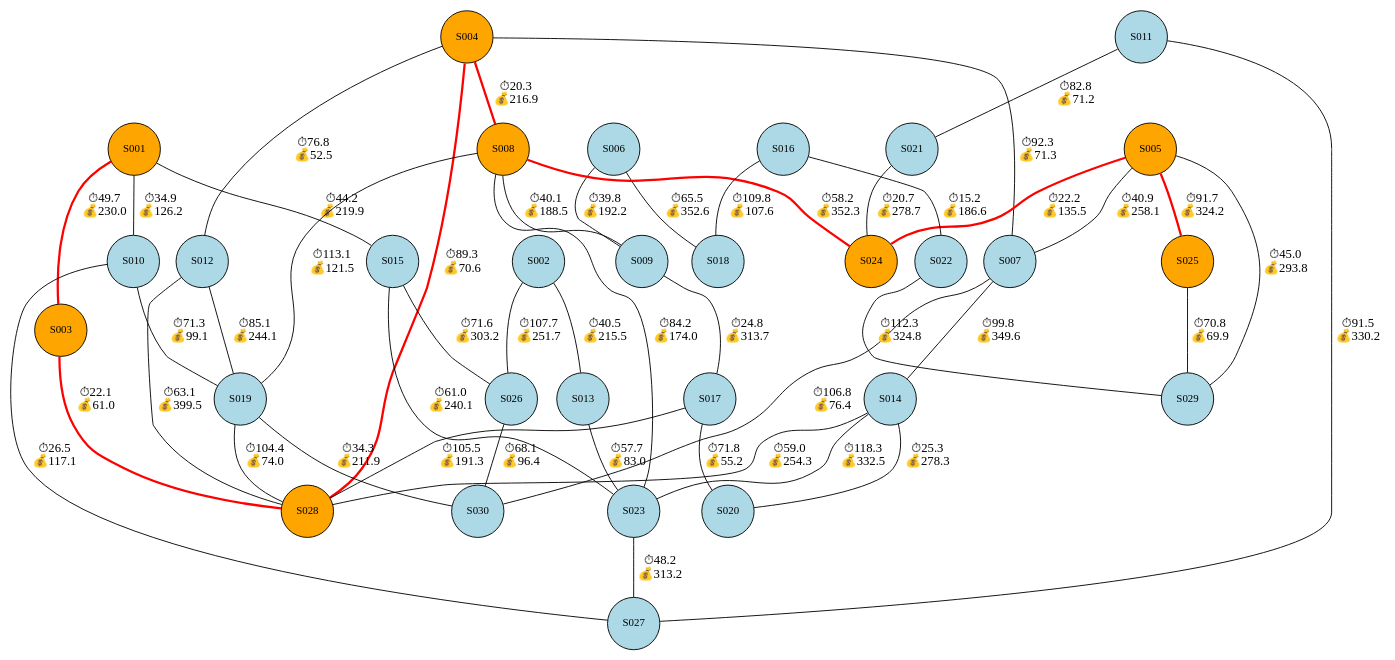
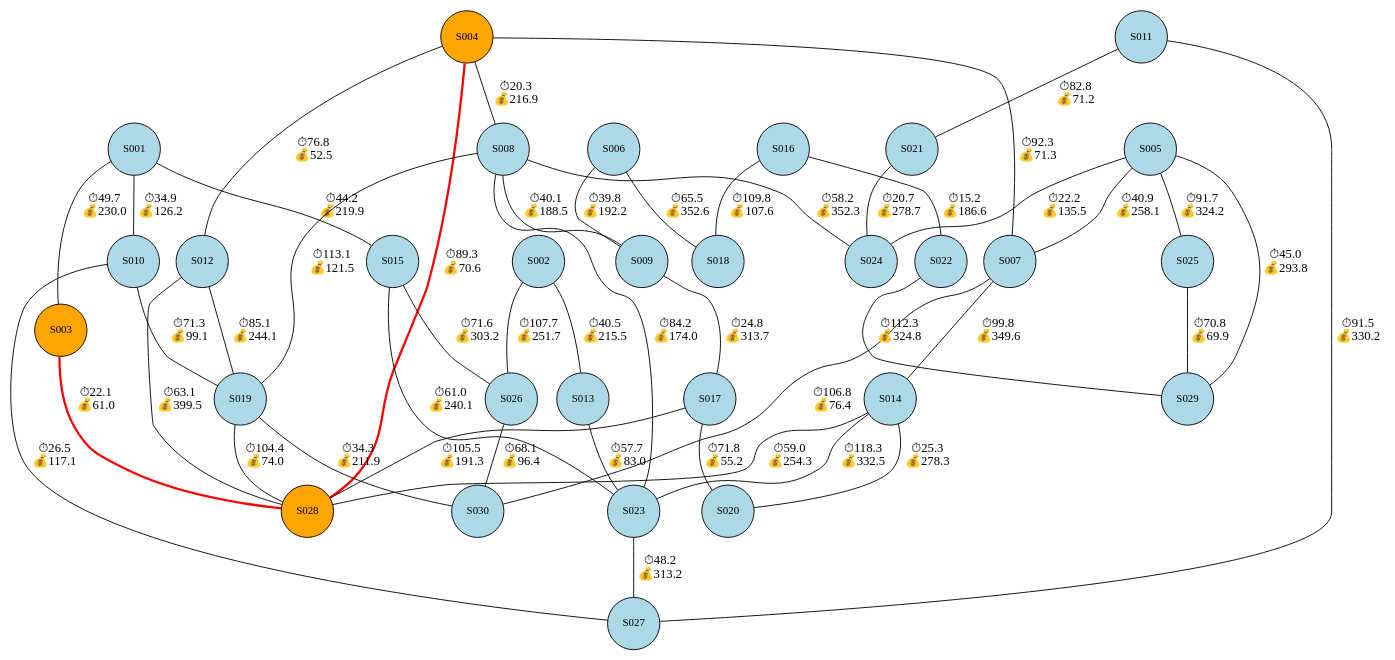
The diagram in Reportes/grafo_sucursales.dot (Mynor-M-50/Proyecto_1_Fase_2_EDD_Mynor_Monzon_1S_2026), drawn with Graphviz before and after one commit. The commit also changed 10 other files, not shown here.

```diff
--- a/Reportes/grafo_sucursales.dot
+++ b/Reportes/grafo_sucursales.dot
@@ -1,80 +1,80 @@
 graph Sucursales {
 	overlap=false splines=true
 	node [fillcolor=lightblue fontsize=12 shape=circle style=filled]
-	S001 [label=S001 fillcolor=orange]
+	S001 [label=S001 fillcolor=lightblue]
 	S002 [label=S002 fillcolor=lightblue]
 	S003 [label=S003 fillcolor=orange]
 	S004 [label=S004 fillcolor=orange]
-	S005 [label=S005 fillcolor=orange]
+	S005 [label=S005 fillcolor=lightblue]
 	S006 [label=S006 fillcolor=lightblue]
 	S007 [label=S007 fillcolor=lightblue]
-	S008 [label=S008 fillcolor=orange]
+	S008 [label=S008 fillcolor=lightblue]
 	S009 [label=S009 fillcolor=lightblue]
 	S010 [label=S010 fillcolor=lightblue]
 	S011 [label=S011 fillcolor=lightblue]
 	S012 [label=S012 fillcolor=lightblue]
 	S013 [label=S013 fillcolor=lightblue]
 	S014 [label=S014 fillcolor=lightblue]
 	S015 [label=S015 fillcolor=lightblue]
 	S016 [label=S016 fillcolor=lightblue]
 	S017 [label=S017 fillcolor=lightblue]
 	S018 [label=S018 fillcolor=lightblue]
 	S019 [label=S019 fillcolor=lightblue]
 	S020 [label=S020 fillcolor=lightblue]
 	S021 [label=S021 fillcolor=lightblue]
 	S022 [label=S022 fillcolor=lightblue]
 	S023 [label=S023 fillcolor=lightblue]
-	S024 [label=S024 fillcolor=orange]
-	S025 [label=S025 fillcolor=orange]
+	S024 [label=S024 fillcolor=lightblue]
+	S025 [label=S025 fillcolor=lightblue]
 	S026 [label=S026 fillcolor=lightblue]
 	S027 [label=S027 fillcolor=lightblue]
 	S028 [label=S028 fillcolor=orange]
 	S029 [label=S029 fillcolor=lightblue]
 	S030 [label=S030 fillcolor=lightblue]
-	S001 -- S003 [label="⏱49.7\n💰230.0" color=red penwidth=2.5]
+	S001 -- S003 [label="⏱49.7\n💰230.0"]
 	S001 -- S015 [label="⏱44.2\n💰219.9"]
 	S001 -- S010 [label="⏱34.9\n💰126.2"]
 	S002 -- S026 [label="⏱107.7\n💰251.7"]
 	S002 -- S013 [label="⏱40.5\n💰215.5"]
 	S003 -- S028 [label="⏱22.1\n💰61.0" color=red penwidth=2.5]
 	S004 -- S012 [label="⏱76.8\n💰52.5"]
 	S004 -- S028 [label="⏱89.3\n💰70.6" color=red penwidth=2.5]
 	S004 -- S007 [label="⏱92.3\n💰71.3"]
-	S004 -- S008 [label="⏱20.3\n💰216.9" color=red penwidth=2.5]
+	S004 -- S008 [label="⏱20.3\n💰216.9"]
 	S005 -- S029 [label="⏱45.0\n💰293.8"]
-	S005 -- S025 [label="⏱91.7\n💰324.2" color=red penwidth=2.5]
+	S005 -- S025 [label="⏱91.7\n💰324.2"]
 	S005 -- S007 [label="⏱40.9\n💰258.1"]
-	S005 -- S024 [label="⏱22.2\n💰135.5" color=red penwidth=2.5]
+	S005 -- S024 [label="⏱22.2\n💰135.5"]
 	S006 -- S009 [label="⏱39.8\n💰192.2"]
 	S006 -- S018 [label="⏱65.5\n💰352.6"]
 	S007 -- S030 [label="⏱106.8\n💰76.4"]
 	S007 -- S014 [label="⏱99.8\n💰349.6"]
 	S008 -- S023 [label="⏱84.2\n💰174.0"]
-	S008 -- S024 [label="⏱58.2\n💰352.3" color=red penwidth=2.5]
+	S008 -- S024 [label="⏱58.2\n💰352.3"]
 	S008 -- S019 [label="⏱113.1\n💰121.5"]
 	S008 -- S009 [label="⏱40.1\n💰188.5"]
 	S009 -- S017 [label="⏱24.8\n💰313.7"]
 	S010 -- S027 [label="⏱26.5\n💰117.1"]
 	S010 -- S019 [label="⏱71.3\n💰99.1"]
 	S011 -- S021 [label="⏱82.8\n💰71.2"]
 	S011 -- S027 [label="⏱91.5\n💰330.2"]
 	S012 -- S028 [label="⏱63.1\n💰399.5"]
 	S012 -- S019 [label="⏱85.1\n💰244.1"]
 	S013 -- S023 [label="⏱57.7\n💰83.0"]
 	S014 -- S020 [label="⏱25.3\n💰278.3"]
 	S014 -- S028 [label="⏱59.0\n💰254.3"]
 	S014 -- S023 [label="⏱118.3\n💰332.5"]
 	S015 -- S026 [label="⏱71.6\n💰303.2"]
 	S015 -- S023 [label="⏱61.0\n💰240.1"]
 	S016 -- S018 [label="⏱109.8\n💰107.6"]
 	S016 -- S022 [label="⏱15.2\n💰186.6"]
 	S017 -- S020 [label="⏱71.8\n💰55.2"]
 	S017 -- S028 [label="⏱105.5\n💰191.3"]
 	S019 -- S030 [label="⏱34.3\n💰211.9"]
 	S019 -- S028 [label="⏱104.4\n💰74.0"]
 	S021 -- S024 [label="⏱20.7\n💰278.7"]
 	S022 -- S029 [label="⏱112.3\n💰324.8"]
 	S023 -- S027 [label="⏱48.2\n💰313.2"]
 	S025 -- S029 [label="⏱70.8\n💰69.9"]
 	S026 -- S030 [label="⏱68.1\n💰96.4"]
 }
```
